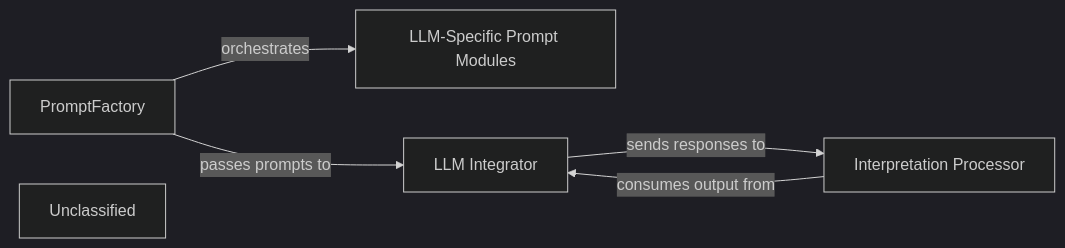
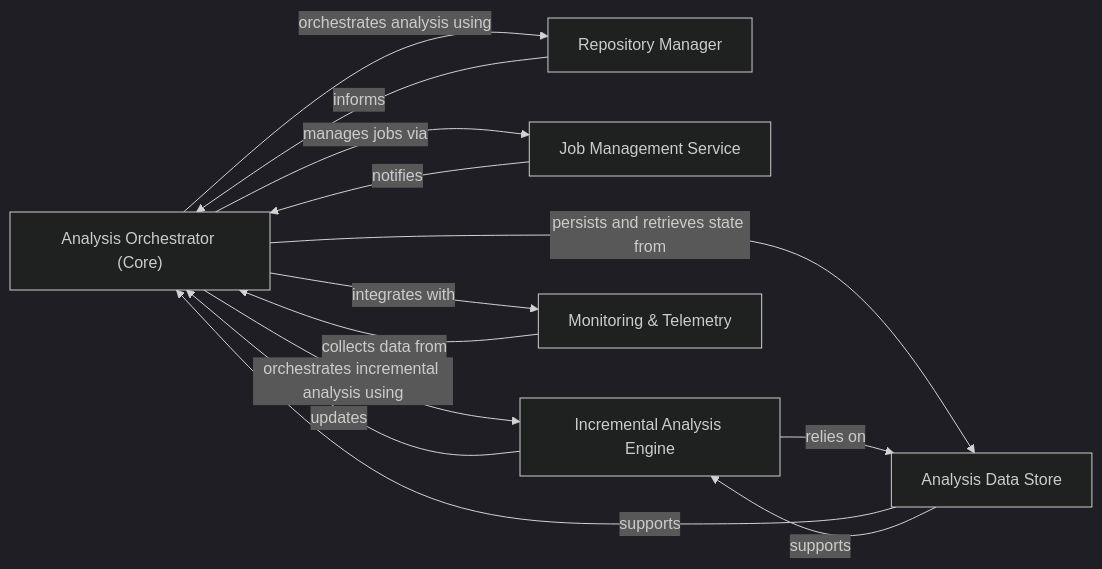
The second of 6 diagrams in docs/development/architecture.md (CodeBoarding/CodeBoarding), drawn with Mermaid (dark theme) before and after one commit. The commit also changed other lines of this file and 13 other files, not shown here.

First line of the commit message:
docs: update codeboarding documentation and generate architecture

````diff
--- a/docs/development/architecture.md
+++ b/docs/development/architecture.md
@@ -3,12 +125,21 @@
 ```mermaid
 graph LR
-    PromptFactory["PromptFactory"]
-    LLM_Specific_Prompt_Modules["LLM-Specific Prompt Modules"]
-    LLM_Integrator["LLM Integrator"]
-    Interpretation_Processor["Interpretation Processor"]
-    Unclassified["Unclassified"]
-    PromptFactory -- "orchestrates" --> LLM_Specific_Prompt_Modules
-    PromptFactory -- "passes prompts to" --> LLM_Integrator
-    LLM_Integrator -- "sends responses to" --> Interpretation_Processor
-    Interpretation_Processor -- "consumes output from" --> LLM_Integrator
+    Analysis_Orchestrator_Core_["Analysis Orchestrator (Core)"]
+    Repository_Manager["Repository Manager"]
+    Job_Management_Service["Job Management Service"]
+    Incremental_Analysis_Engine["Incremental Analysis Engine"]
+    Analysis_Data_Store["Analysis Data Store"]
+    Monitoring_Telemetry["Monitoring & Telemetry"]
+    Analysis_Orchestrator_Core_ -- "orchestrates analysis using" --> Repository_Manager
+    Repository_Manager -- "informs" --> Analysis_Orchestrator_Core_
+    Analysis_Orchestrator_Core_ -- "orchestrates incremental analysis using" --> Incremental_Analysis_Engine
+    Incremental_Analysis_Engine -- "updates" --> Analysis_Orchestrator_Core_
+    Analysis_Orchestrator_Core_ -- "manages jobs via" --> Job_Management_Service
+    Job_Management_Service -- "notifies" --> Analysis_Orchestrator_Core_
+    Analysis_Orchestrator_Core_ -- "integrates with" --> Monitoring_Telemetry
+    Monitoring_Telemetry -- "collects data from" --> Analysis_Orchestrator_Core_
+    Analysis_Orchestrator_Core_ -- "persists and retrieves state from" --> Analysis_Data_Store
+    Analysis_Data_Store -- "supports" --> Analysis_Orchestrator_Core_
+    Incremental_Analysis_Engine -- "relies on" --> Analysis_Data_Store
+    Analysis_Data_Store -- "supports" --> Incremental_Analysis_Engine
 ```
````
